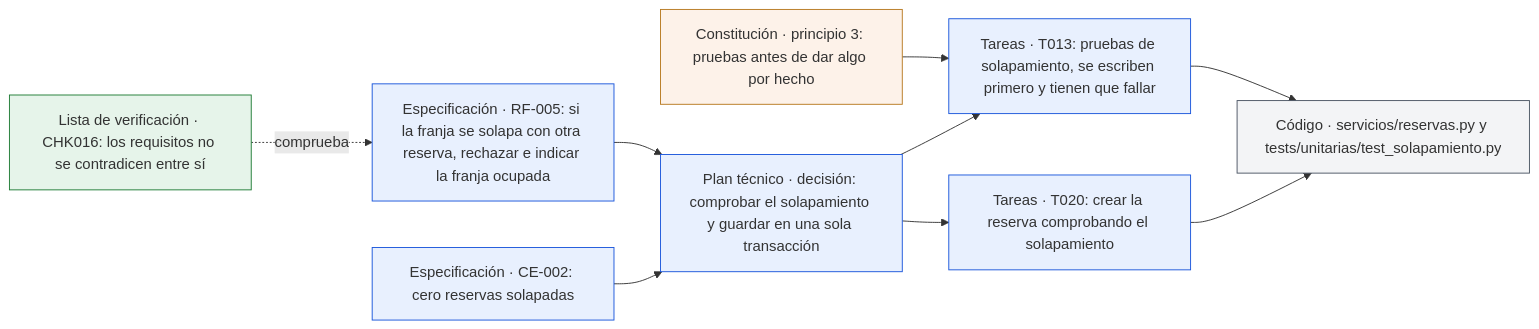
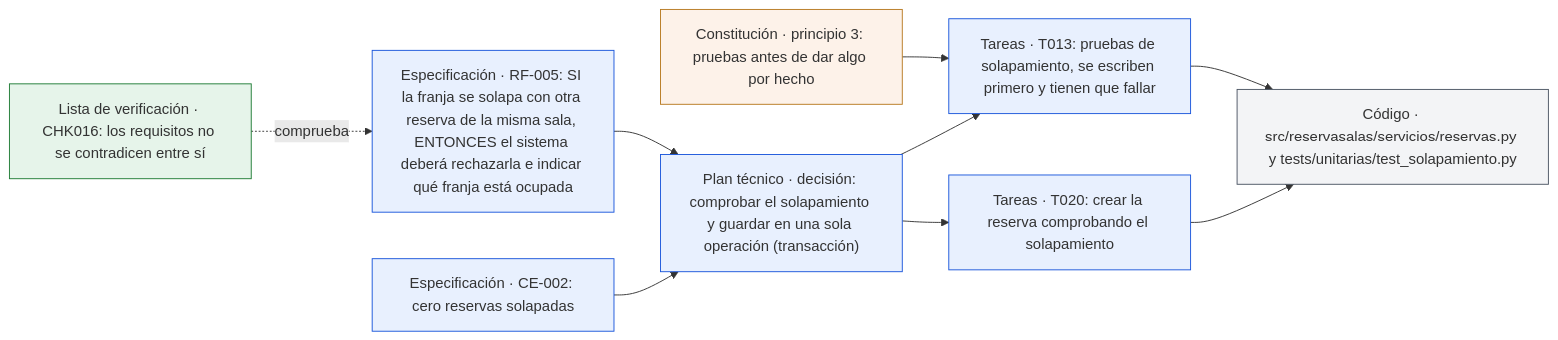
Before and after one commit to antroc/charla-sdd: the second of 2 diagrams in diagramas/03-artefactos-y-relaciones.md, drawn with Mermaid. The commit also changed other lines of this file and 6 other files, not shown here.

First line of the commit message:
Corregir diagramas 03-04 según las revisiones

````diff
--- a/diagramas/03-artefactos-y-relaciones.md
+++ b/diagramas/03-artefactos-y-relaciones.md
@@ -61,27 +59,24 @@
 ```mermaid
 flowchart LR
   P3["Constitución · principio 3: pruebas antes de dar algo por hecho"]
-  RF["Especificación · RF-005: si la franja se solapa con otra reserva, rechazar e indicar la franja ocupada"]
+  RF["Especificación · RF-005: SI la franja se solapa con otra reserva de la misma sala, ENTONCES el sistema deberá rechazarla e indicar qué franja está ocupada"]
   CE["Especificación · CE-002: cero reservas solapadas"]
   CHK["Lista de verificación · CHK016: los requisitos no se contradicen entre sí"]
-  D["Plan técnico · decisión: comprobar el solapamiento y guardar en una sola transacción"]
+  D["Plan técnico · decisión: comprobar el solapamiento y guardar en una sola operación (transacción)"]
   T13["Tareas · T013: pruebas de solapamiento, se escriben primero y tienen que fallar"]
   T20["Tareas · T020: crear la reserva comprobando el solapamiento"]
-  COD["Código · servicios/reservas.py y tests/unitarias/test_solapamiento.py"]
+  COD["Código · src/reservasalas/servicios/reservas.py y tests/unitarias/test_solapamiento.py"]
   CHK -.->|"comprueba"| RF
-  RF --> D
-  CE --> D
+  RF & CE --> D
   P3 --> T13
-  D --> T13
-  D --> T20
-  T13 --> COD
-  T20 --> COD
+  D --> T13 & T20
+  T13 & T20 --> COD
   classDef principios fill:#FDF2E9,stroke:#B7791F;
   classDef documento fill:#E8F0FE,stroke:#1A56DB;
   classDef control fill:#E6F4EA,stroke:#1E7B34;
   classDef codigo fill:#F3F4F6,stroke:#4B5563;
   class P3 principios;
   class RF,CE,D,T13,T20 documento;
   class CHK control;
   class COD codigo;
 ```
````
